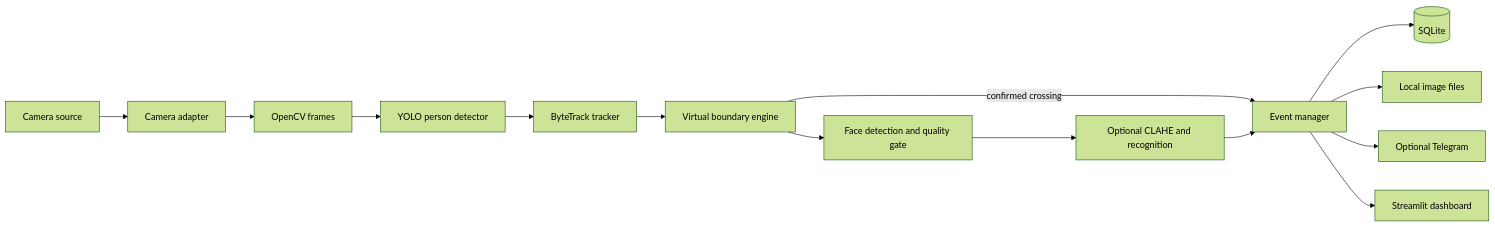
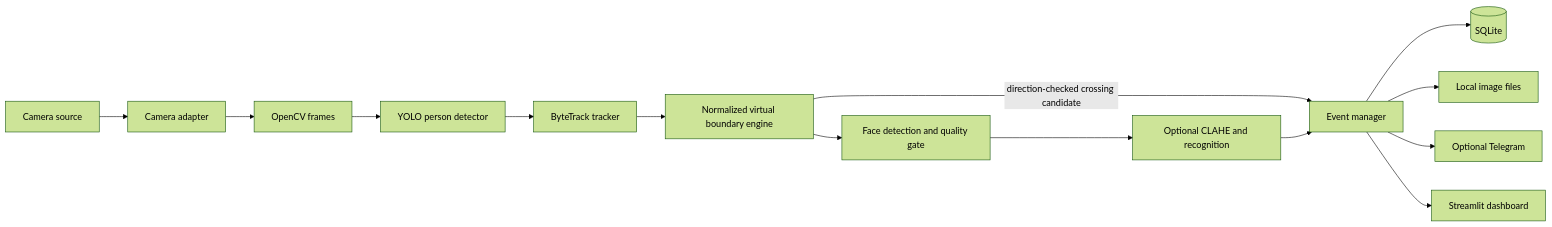
One commit to Sadeeqq/smart_surveillance_system changed the diagram in docs/ARCHITECTURE.md. Above: the diagram before and after it, drawn with Mermaid (forest theme). The commit also changed other lines of this file and 8 other files, not shown here.

Commit message:
Implement phase 4 virtual boundary crossings

````diff
--- a/docs/ARCHITECTURE.md
+++ b/docs/ARCHITECTURE.md
@@ -5,16 +5,16 @@
 ```mermaid
 flowchart LR
     C[Camera source] --> A[Camera adapter]
     A --> F[OpenCV frames]
     F --> D[YOLO person detector]
     D --> T[ByteTrack tracker]
-    T --> B[Virtual boundary engine]
-    B -->|confirmed crossing| E[Event manager]
+    T --> B[Normalized virtual boundary engine]
+    B -->|direction-checked crossing candidate| E[Event manager]
     B --> X[Face detection and quality gate]
     X --> P[Optional CLAHE and recognition]
     P --> E
     E --> DB[(SQLite)]
     E --> FS[Local image files]
     E --> N[Optional Telegram]
     E --> UI[Streamlit dashboard]
 ```
````
